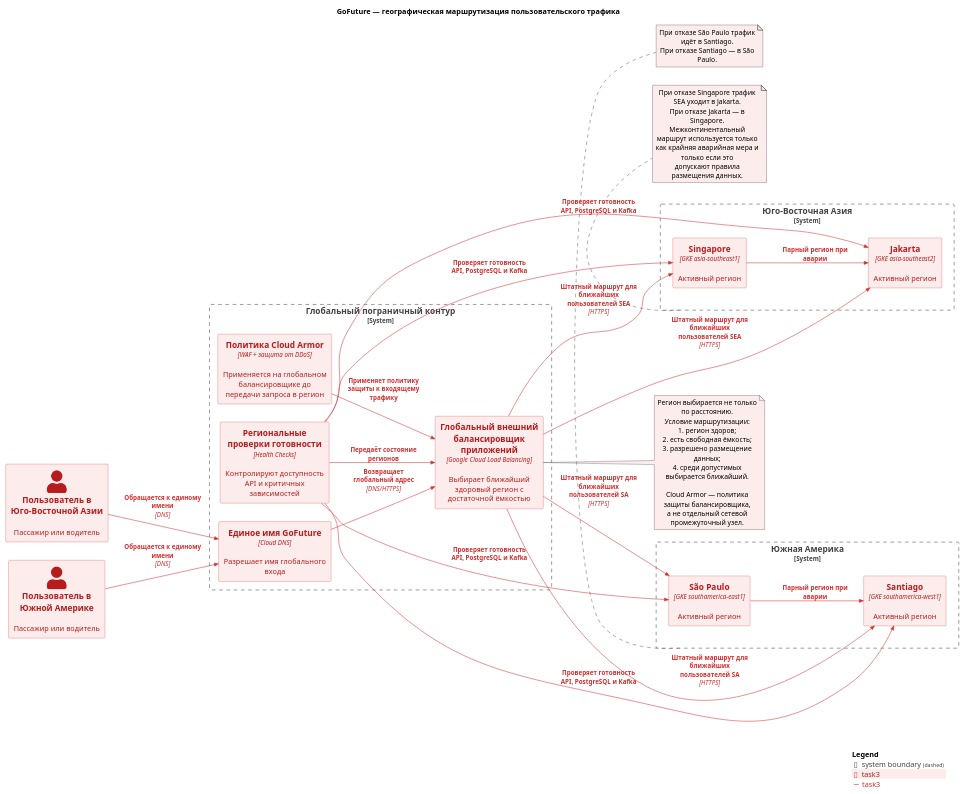
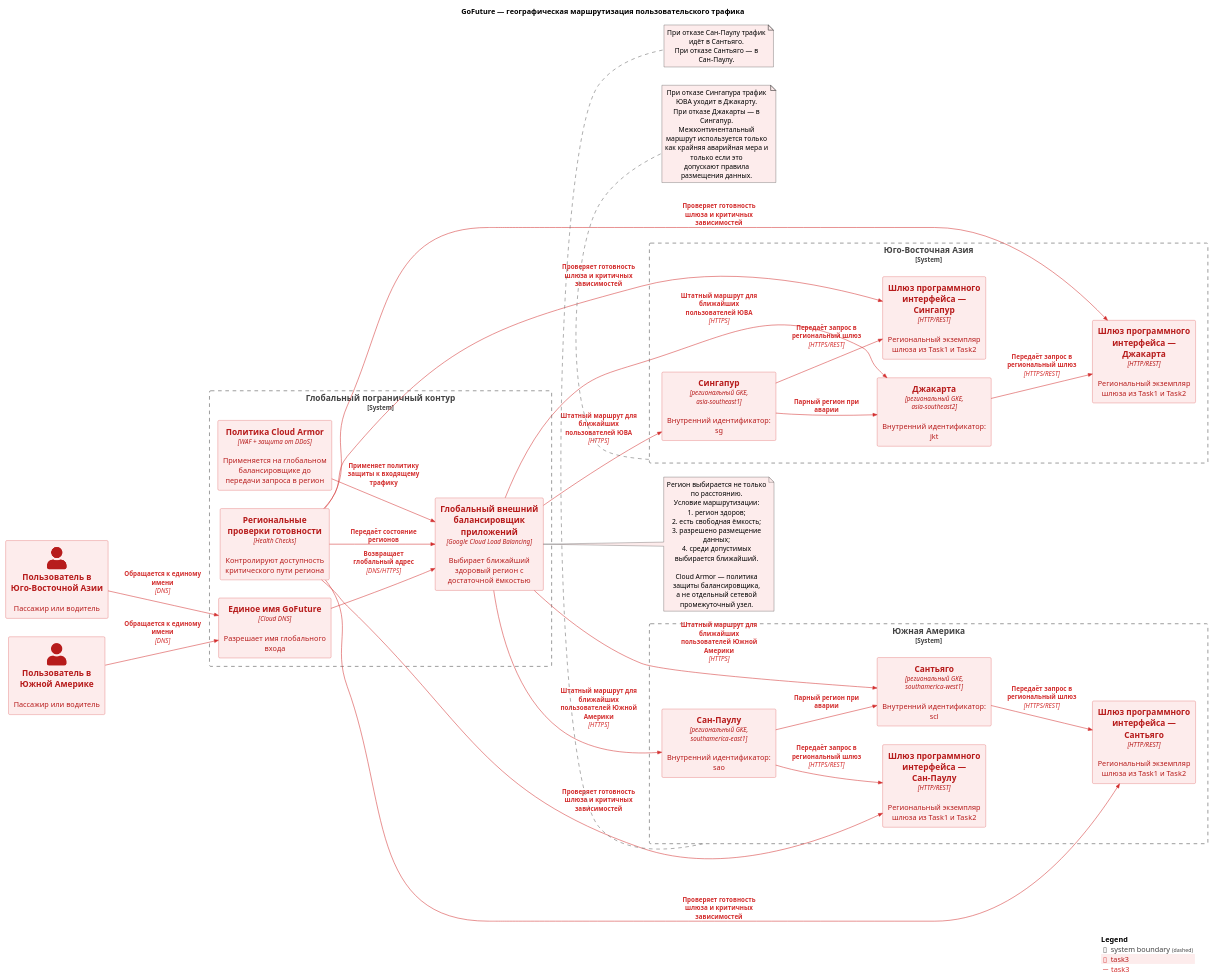
The diagram in Task3/geo-routing.puml (FFinn/MSA-GoFuture-v1), drawn with PlantUML before and after one commit.

Commit message:
Task3: согласовать геомаршрутизацию со шлюзом программного интерфейса

```diff
--- a/Task3/geo-routing.puml
+++ b/Task3/geo-routing.puml
@@ -1,76 +1,85 @@
 @startuml GoFuture_Geo_Routing_Task3
 !include https://raw.githubusercontent.com/plantuml-stdlib/C4-PlantUML/master/C4_Container.puml
 
 LAYOUT_LEFT_RIGHT()
 
 title GoFuture — географическая маршрутизация пользовательского трафика
 
 AddElementTag("task3", $bgColor="#FDECEC", $fontColor="#B71C1C", $borderColor="#D32F2F")
 AddRelTag("task3", $textColor="#D32F2F", $lineColor="#D32F2F")
 
 Person(sea_user, "Пользователь в Юго-Восточной Азии", "Пассажир или водитель", $tags="task3")
 Person(sa_user, "Пользователь в Южной Америке", "Пассажир или водитель", $tags="task3")
 
 System_Boundary(global_edge, "Глобальный пограничный контур") {
     Container(dns, "Единое имя GoFuture", "Cloud DNS", "Разрешает имя глобального входа", $tags="task3")
     Container(waf, "Политика Cloud Armor", "WAF + защита от DDoS", "Применяется на глобальном балансировщике до передачи запроса в регион", $tags="task3")
     Container(lb, "Глобальный внешний балансировщик приложений", "Google Cloud Load Balancing", "Выбирает ближайший здоровый регион с достаточной ёмкостью", $tags="task3")
-    Container(health, "Региональные проверки готовности", "Health Checks", "Контролируют доступность API и критичных зависимостей", $tags="task3")
+    Container(health, "Региональные проверки готовности", "Health Checks", "Контролируют доступность критического пути региона", $tags="task3")
 }
 
 System_Boundary(sea, "Юго-Восточная Азия") {
-    Container(sg, "Singapore", "GKE asia-southeast1", "Активный регион", $tags="task3")
-    Container(jk, "Jakarta", "GKE asia-southeast2", "Активный регион", $tags="task3")
+    Container(sg, "Сингапур", "региональный GKE, asia-southeast1", "Внутренний идентификатор: sg", $tags="task3")
+    Container(sg_gateway, "Шлюз программного интерфейса — Сингапур", "HTTP/REST", "Региональный экземпляр шлюза из Task1 и Task2", $tags="task3")
+    Container(jkt, "Джакарта", "региональный GKE, asia-southeast2", "Внутренний идентификатор: jkt", $tags="task3")
+    Container(jkt_gateway, "Шлюз программного интерфейса — Джакарта", "HTTP/REST", "Региональный экземпляр шлюза из Task1 и Task2", $tags="task3")
 }
 
 System_Boundary(sa, "Южная Америка") {
-    Container(sp, "São Paulo", "GKE southamerica-east1", "Активный регион", $tags="task3")
-    Container(sc, "Santiago", "GKE southamerica-west1", "Активный регион", $tags="task3")
+    Container(sao, "Сан-Паулу", "региональный GKE, southamerica-east1", "Внутренний идентификатор: sao", $tags="task3")
+    Container(sao_gateway, "Шлюз программного интерфейса — Сан-Паулу", "HTTP/REST", "Региональный экземпляр шлюза из Task1 и Task2", $tags="task3")
+    Container(scl, "Сантьяго", "региональный GKE, southamerica-west1", "Внутренний идентификатор: scl", $tags="task3")
+    Container(scl_gateway, "Шлюз программного интерфейса — Сантьяго", "HTTP/REST", "Региональный экземпляр шлюза из Task1 и Task2", $tags="task3")
 }
 
 Rel(sea_user, dns, "Обращается к единому имени", "DNS", $tags="task3")
 Rel(sa_user, dns, "Обращается к единому имени", "DNS", $tags="task3")
 Rel(dns, lb, "Возвращает глобальный адрес", "DNS/HTTPS", $tags="task3")
 Rel(waf, lb, "Применяет политику защиты к входящему трафику", $tags="task3")
 Rel(health, lb, "Передаёт состояние регионов", $tags="task3")
 
-Rel(lb, sg, "Штатный маршрут для ближайших пользователей SEA", "HTTPS", $tags="task3")
-Rel(lb, jk, "Штатный маршрут для ближайших пользователей SEA", "HTTPS", $tags="task3")
-Rel(lb, sp, "Штатный маршрут для ближайших пользователей SA", "HTTPS", $tags="task3")
-Rel(lb, sc, "Штатный маршрут для ближайших пользователей SA", "HTTPS", $tags="task3")
+Rel(lb, sg, "Штатный маршрут для ближайших пользователей ЮВА", "HTTPS", $tags="task3")
+Rel(lb, jkt, "Штатный маршрут для ближайших пользователей ЮВА", "HTTPS", $tags="task3")
+Rel(lb, sao, "Штатный маршрут для ближайших пользователей Южной Америки", "HTTPS", $tags="task3")
+Rel(lb, scl, "Штатный маршрут для ближайших пользователей Южной Америки", "HTTPS", $tags="task3")
 
-Rel(health, sg, "Проверяет готовность API, PostgreSQL и Kafka", $tags="task3")
-Rel(health, jk, "Проверяет готовность API, PostgreSQL и Kafka", $tags="task3")
-Rel(health, sp, "Проверяет готовность API, PostgreSQL и Kafka", $tags="task3")
-Rel(health, sc, "Проверяет готовность API, PostgreSQL и Kafka", $tags="task3")
+Rel(sg, sg_gateway, "Передаёт запрос в региональный шлюз", "HTTPS/REST", $tags="task3")
+Rel(jkt, jkt_gateway, "Передаёт запрос в региональный шлюз", "HTTPS/REST", $tags="task3")
+Rel(sao, sao_gateway, "Передаёт запрос в региональный шлюз", "HTTPS/REST", $tags="task3")
+Rel(scl, scl_gateway, "Передаёт запрос в региональный шлюз", "HTTPS/REST", $tags="task3")
 
-Rel(sg, jk, "Парный регион при аварии", $tags="task3")
-Rel(sp, sc, "Парный регион при аварии", $tags="task3")
+Rel(health, sg_gateway, "Проверяет готовность шлюза и критичных зависимостей", $tags="task3")
+Rel(health, jkt_gateway, "Проверяет готовность шлюза и критичных зависимостей", $tags="task3")
+Rel(health, sao_gateway, "Проверяет готовность шлюза и критичных зависимостей", $tags="task3")
+Rel(health, scl_gateway, "Проверяет готовность шлюза и критичных зависимостей", $tags="task3")
+
+Rel(sg, jkt, "Парный регион при аварии", $tags="task3")
+Rel(sao, scl, "Парный регион при аварии", $tags="task3")
 
 note right of lb #FDECEC
   Регион выбирается не только по расстоянию.
   Условие маршрутизации:
   1. регион здоров;
   2. есть свободная ёмкость;
   3. разрешено размещение данных;
   4. среди допустимых выбирается ближайший.
 
   Cloud Armor — политика защиты балансировщика,
   а не отдельный сетевой промежуточный узел.
 end note
 
 note bottom of sea #FDECEC
-  При отказе Singapore трафик SEA уходит в Jakarta.
-  При отказе Jakarta — в Singapore.
+  При отказе Сингапура трафик ЮВА уходит в Джакарту.
+  При отказе Джакарты — в Сингапур.
   Межконтинентальный маршрут используется только
   как крайняя аварийная мера и только если это
   допускают правила размещения данных.
 end note
 
 note bottom of sa #FDECEC
-  При отказе São Paulo трафик идёт в Santiago.
-  При отказе Santiago — в São Paulo.
+  При отказе Сан-Паулу трафик идёт в Сантьяго.
+  При отказе Сантьяго — в Сан-Паулу.
 end note
 
 SHOW_LEGEND()
 @enduml
```
